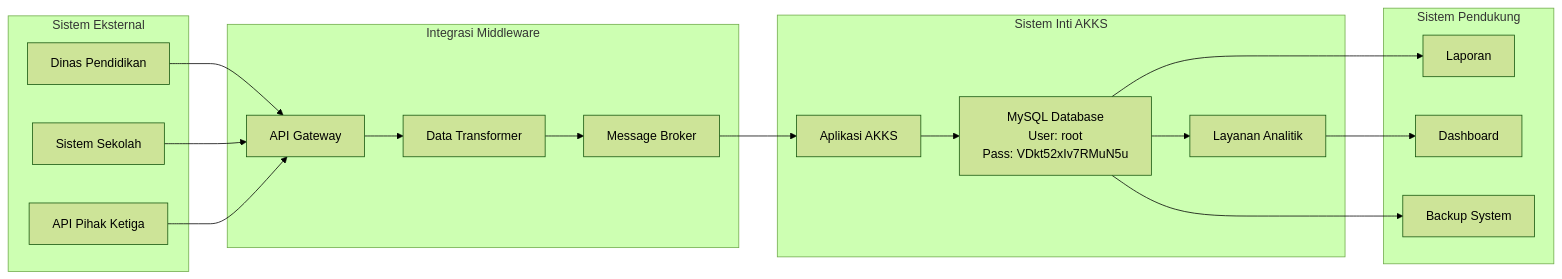
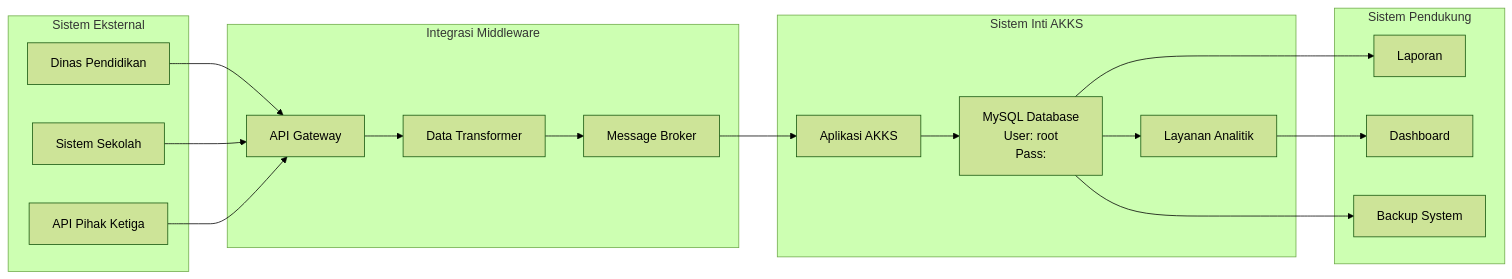
The second of 6 diagrams in akks/akks_Data_Architecture_Document(DAD).md (alibungker/superapp), drawn with Mermaid (forest theme) before and after one commit. The commit also changed other lines of this file, not shown here.

````diff
--- a/akks/akks_Data_Architecture_Document(DAD).md
+++ b/akks/akks_Data_Architecture_Document(DAD).md
@@ -180,38 +180,38 @@
 ```mermaid
 graph LR
     subgraph "Sistem Eksternal"
         A[Dinas Pendidikan]
         B[Sistem Sekolah]
         C[API Pihak Ketiga]
     end
     
     subgraph "Integrasi Middleware"
         D[API Gateway]
         E[Data Transformer]
         F[Message Broker]
     end
     
     subgraph "Sistem Inti AKKS"
         G[Aplikasi AKKS]
-        H[MySQL Database<br/>User: root<br/>Pass: VDkt52xIv7RMuN5u]
+        H[MySQL Database<br/>User: root<br/>Pass:]
         I[Layanan Analitik]
     end
     
     subgraph "Sistem Pendukung"
         J[Laporan]
         K[Dashboard]
         L[Backup System]
     end
     
     A --> D
     B --> D
     C --> D
     D --> E
     E --> F
     F --> G
     G --> H
     H --> I
     H --> J
     I --> K
     H --> L
 ```
````
